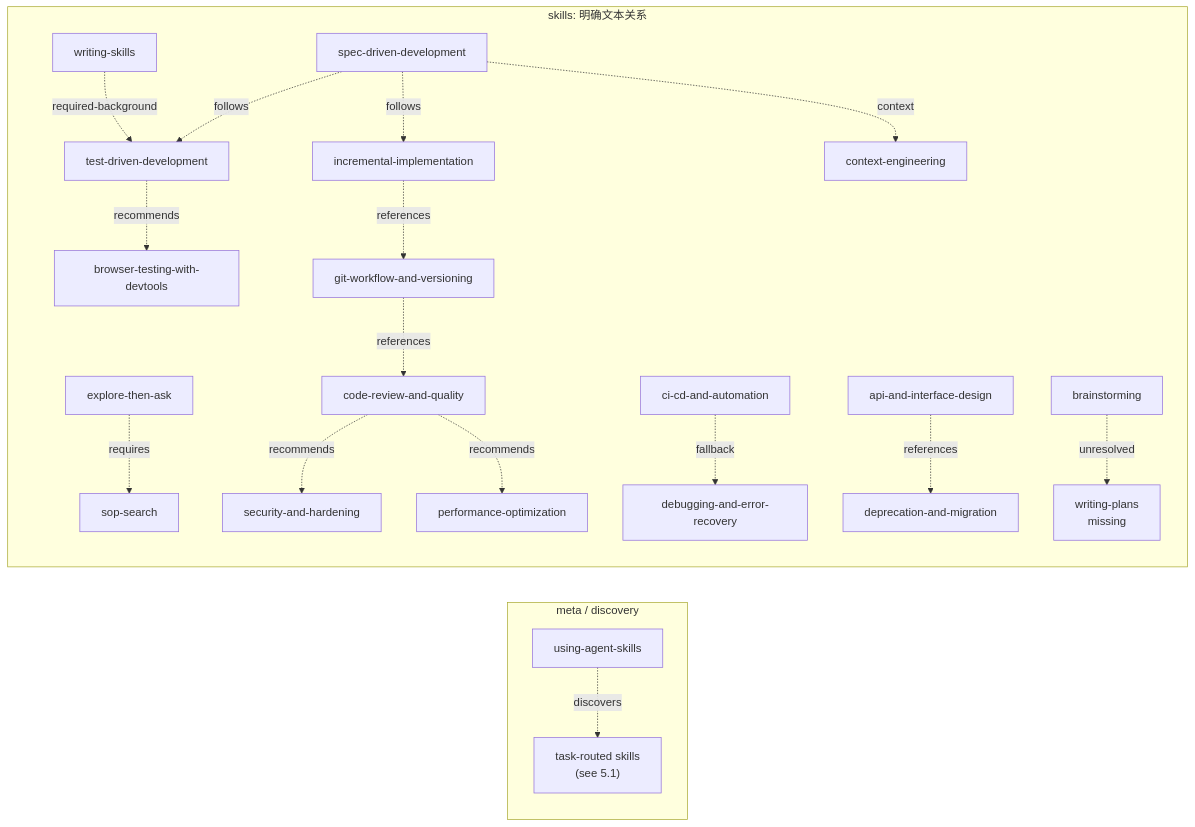
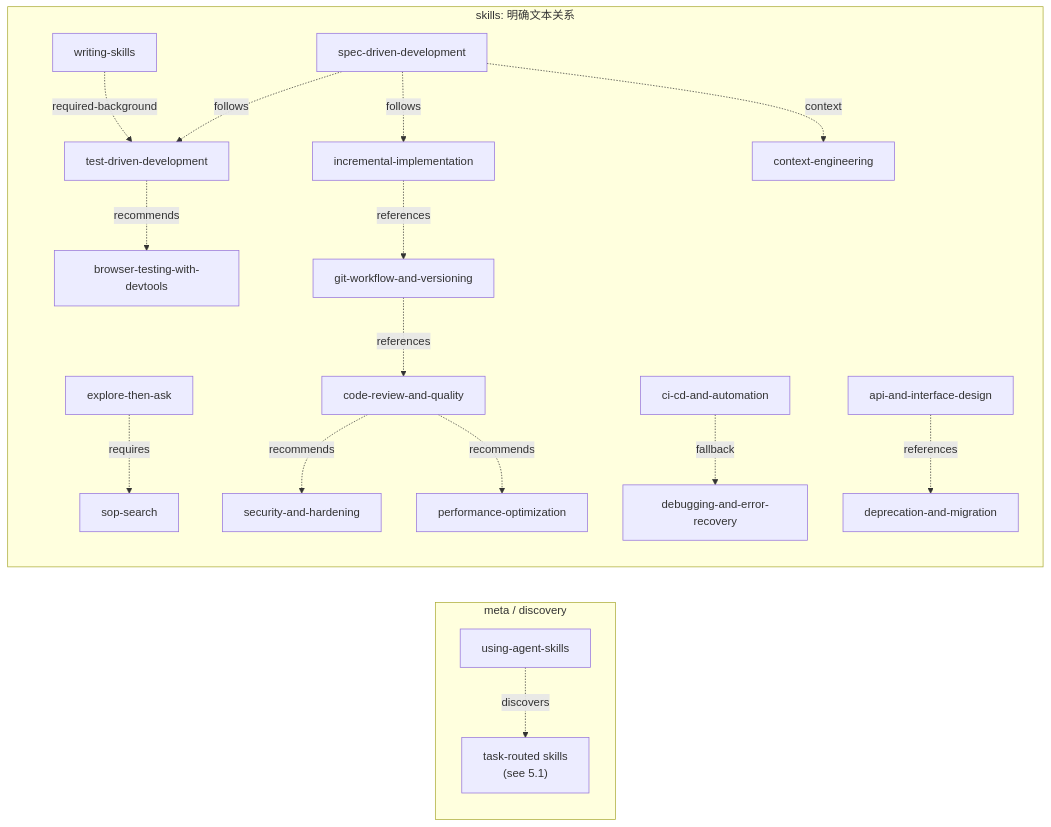
The second of 2 diagrams in docs/codebase/power-dependencies.md (carl10086/ys-powers), drawn with Mermaid before and after one commit. The commit also changed other lines of this file and 24 other files, not shown here.

````diff
--- a/docs/codebase/power-dependencies.md
+++ b/docs/codebase/power-dependencies.md
@@ -151,44 +149,41 @@
 ```mermaid
 flowchart LR
     subgraph Meta["meta / discovery"]
         using["using-agent-skills"]
         discoverySet["task-routed skills\n(see 5.1)"]
     end
 
     subgraph Skills["skills: 明确文本关系"]
         explore["explore-then-ask"]
         sop["sop-search"]
         specdev["spec-driven-development"]
         incremental["incremental-implementation"]
         tdd["test-driven-development"]
         ctx["context-engineering"]
         browser["browser-testing-with-devtools"]
         reviewSkill["code-review-and-quality"]
         sec["security-and-hardening"]
         perf["performance-optimization"]
         git["git-workflow-and-versioning"]
         cicd["ci-cd-and-automation"]
         debug["debugging-and-error-recovery"]
         api["api-and-interface-design"]
         migration["deprecation-and-migration"]
         writing["writing-skills"]
-        brainstorming["brainstorming"]
-        missing["writing-plans\nmissing"]
     end
 
     using -. discovers .-> discoverySet
 
     explore -. requires .-> sop
     specdev -. follows .-> incremental
     specdev -. follows .-> tdd
     specdev -. context .-> ctx
     tdd -. recommends .-> browser
     reviewSkill -. recommends .-> sec
     reviewSkill -. recommends .-> perf
     incremental -. references .-> git
     git -. references .-> reviewSkill
     cicd -. fallback .-> debug
     api -. references .-> migration
     writing -. required-background .-> tdd
-    brainstorming -. unresolved .-> missing
 ```
````
